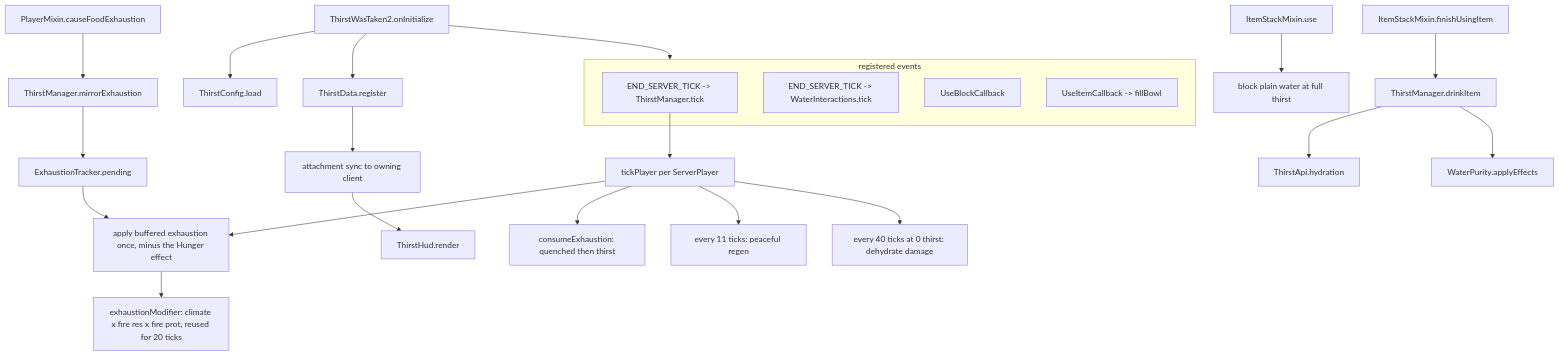
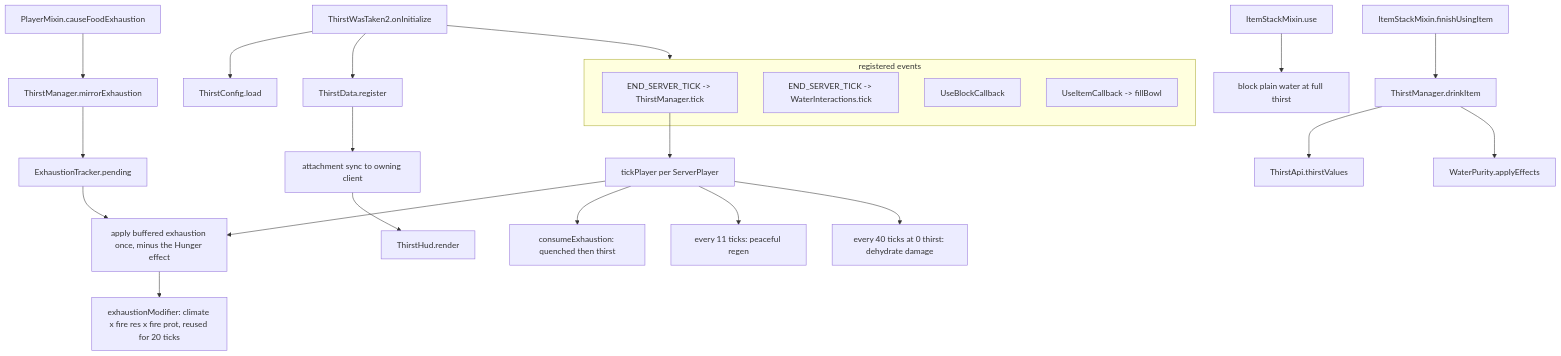
Before and after one commit to Nighterezi/ThirstWasTaken2: the diagram in AGENTS.md, drawn with Mermaid. The commit also changed other lines of this file and 36 other files, not shown here.

Commit message:
feat: unify terminology by replacing "hydration" with "thirst" across documentation and code

````diff
--- a/AGENTS.md
+++ b/AGENTS.md
@@ -166,32 +166,32 @@
 ```mermaid
 flowchart TD
     Init[ThirstWasTaken2.onInitialize] --> Cfg[ThirstConfig.load]
     Init --> Attach[ThirstData.register]
     Init --> Events
 
     subgraph Events [registered events]
       Tick[END_SERVER_TICK -> ThirstManager.tick]
       Flush[END_SERVER_TICK -> WaterInteractions.tick]
       UseBlock[UseBlockCallback]
       UseItem[UseItemCallback -> fillBowl]
     end
 
     Tick --> TickPlayer[tickPlayer per ServerPlayer]
     TickPlayer --> Apply[apply buffered exhaustion once, minus the Hunger effect]
     TickPlayer --> Consume[consumeExhaustion: quenched then thirst]
     TickPlayer --> Slow[every 11 ticks: peaceful regen]
     TickPlayer --> Dmg[every 40 ticks at 0 thirst: dehydrate damage]
 
     Exh[PlayerMixin.causeFoodExhaustion] --> Mirror[ThirstManager.mirrorExhaustion]
     Mirror --> Pending[ExhaustionTracker.pending]
     Pending --> Apply
     Apply --> Mod[exhaustionModifier: climate x fire res x fire prot, reused for 20 ticks]
 
     UseDrink[ItemStackMixin.use] --> FullGuard[block plain water at full thirst]
     Eat[ItemStackMixin.finishUsingItem] --> DrinkItem[ThirstManager.drinkItem]
-    DrinkItem --> Api[ThirstApi.hydration]
+    DrinkItem --> Api[ThirstApi.thirstValues]
     DrinkItem --> Effects[WaterPurity.applyEffects]
 
     Attach --> Sync[attachment sync to owning client]
     Sync --> Hud[ThirstHud.render]
 ```
````
